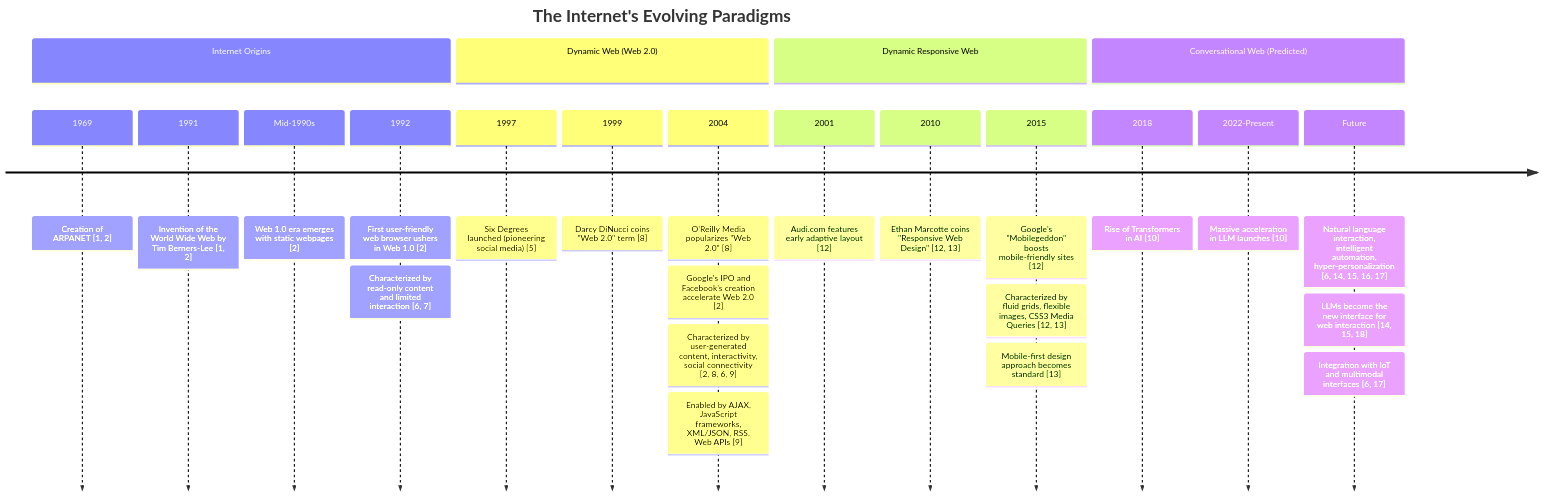
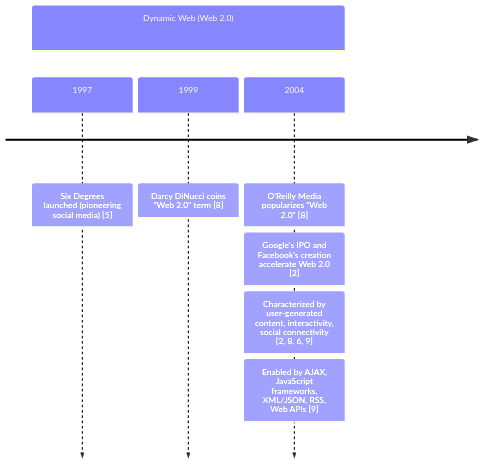
Before and after one commit to AshKash/Ashwin-portfolio: the second of 7 diagrams in content/posts/conversational-commerce-revolution.md, drawn with Mermaid.

Commit message:
chore: commit all remaining changes

```diff
--- a/content/posts/conversational-commerce-revolution.md
+++ b/content/posts/conversational-commerce-revolution.md
@@ -17,30 +27,10 @@
 {{< mermaid >}}
 timeline 
-        title The Internet's Evolving Paradigms
-        section Internet Origins
-          1969 : Creation of ARPANET [1, 2]
-          1991 : Invention of the World Wide Web by Tim Berners-Lee [1, 2]
-          Mid-1990s : Web 1.0 era emerges with static webpages [2]
-          1992 : First user-friendly web browser ushers in Web 1.0 [2]
-                  : Characterized by read-only content and limited interaction [6, 7]
         section Dynamic Web (Web 2.0)
           1997 : Six Degrees launched (pioneering social media) [5]
           1999 : Darcy DiNucci coins "Web 2.0" term [8]
           2004 : O'Reilly Media popularizes "Web 2.0" [8]
                   : Google's IPO and Facebook's creation accelerate Web 2.0 [2]
                   : Characterized by user-generated content, interactivity, social connectivity [2, 8, 6, 9]
                   : Enabled by AJAX, JavaScript frameworks, XML/JSON, RSS, Web APIs [9]
-        section Dynamic Responsive Web
-          2001 : Audi.com features early adaptive layout [12]
-          2010 : Ethan Marcotte coins "Responsive Web Design" [12, 13]
-          2015 : Google's "Mobilegeddon" boosts mobile-friendly sites [12]
-                  : Characterized by fluid grids, flexible images, CSS3 Media Queries [12, 13]
-                  : Mobile-first design approach becomes standard [13]
-        section Conversational Web (Predicted)
-          2018 : Rise of Transformers in AI [10]
-          2022-Present : Massive acceleration in LLM launches [10]
-          Future : Natural language interaction, intelligent automation, hyper-personalization [6, 14, 15, 16, 17]
-                  : LLMs become the new interface for web interaction [14, 15, 18]
-                  : Integration with IoT and multimodal interfaces [6, 17]
-
 {{< /mermaid >}}
```
